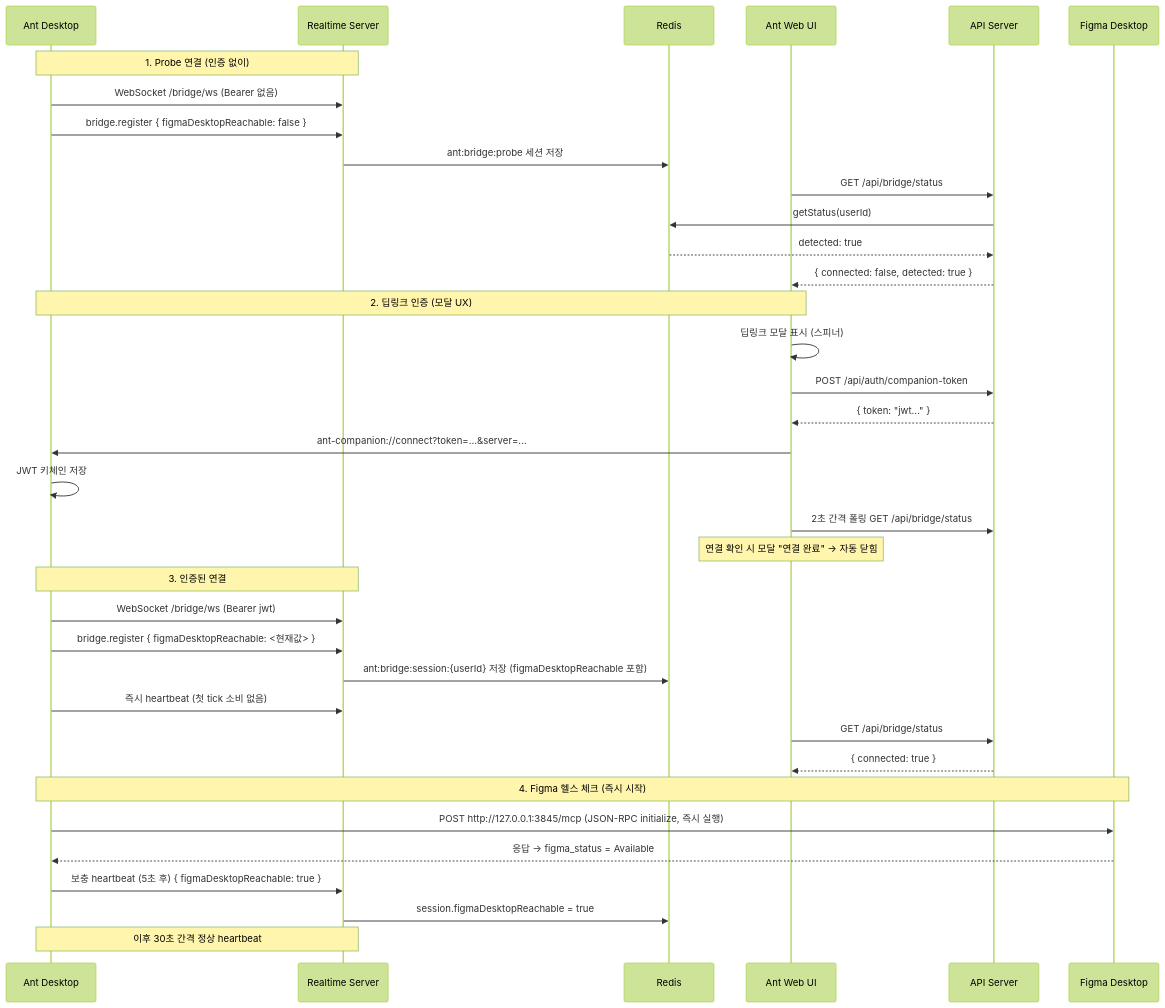
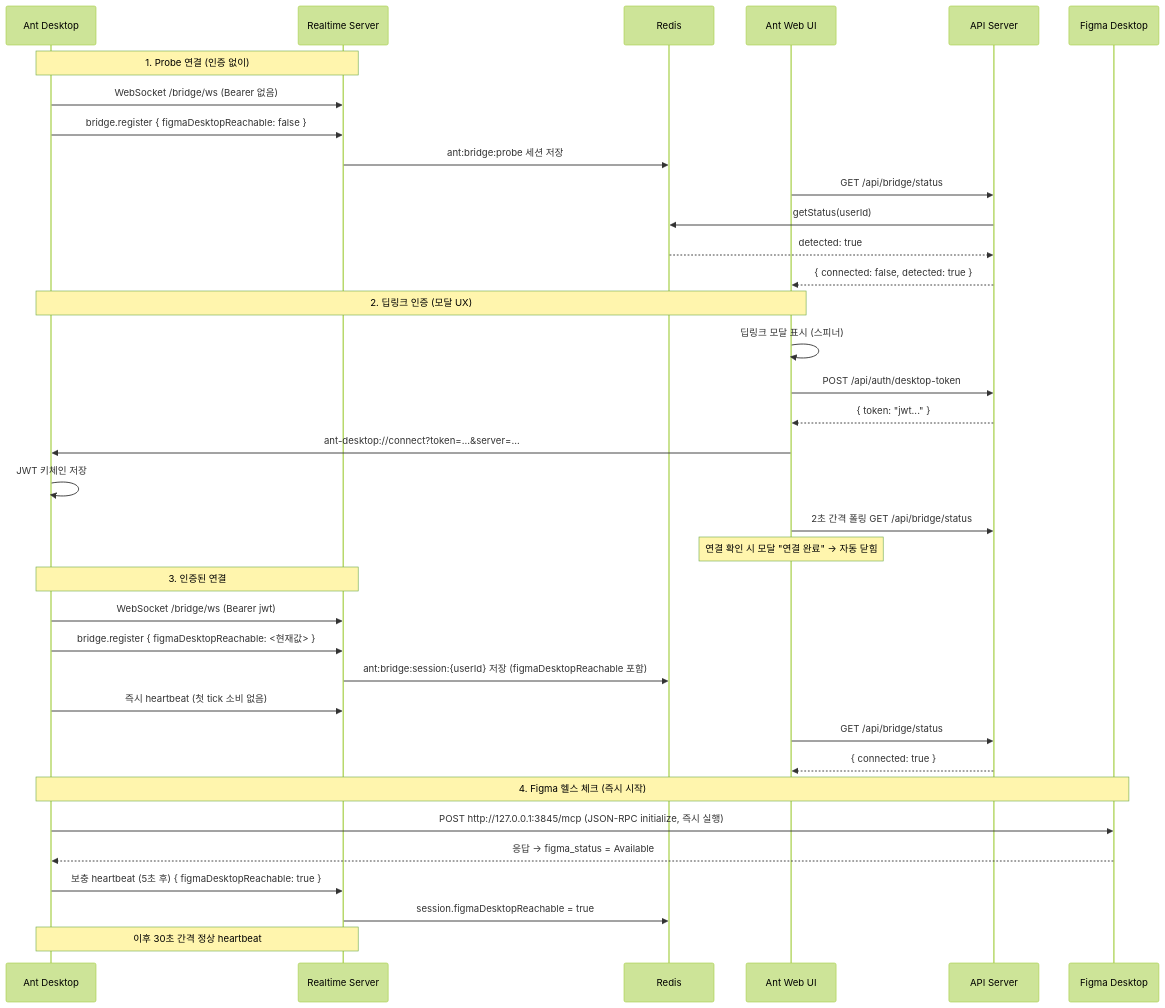
Before and after one commit to to-nexus/ant: the second of 2 diagrams in docs/architecture/26-figma-integration-infra.md, drawn with Mermaid (forest theme). The commit also changed other lines of this file and 16 other files, not shown here.

First line of the commit message:
refactor: rename companion to desktop across monorepo

````diff
--- a/docs/architecture/26-figma-integration-infra.md
+++ b/docs/architecture/26-figma-integration-infra.md
@@ -40,42 +40,42 @@
 ```mermaid
 sequenceDiagram
   participant AD as Ant Desktop
   participant RS as Realtime Server
   participant Redis as Redis
   participant UI as Ant Web UI
   participant API as API Server
   participant FM as Figma Desktop
 
   Note over AD,RS: 1. Probe 연결 (인증 없이)
   AD->>RS: WebSocket /bridge/ws (Bearer 없음)
   AD->>RS: bridge.register { figmaDesktopReachable: false }
   RS->>Redis: ant:bridge:probe 세션 저장
   UI->>API: GET /api/bridge/status
   API->>Redis: getStatus(userId)
   Redis-->>API: detected: true
   API-->>UI: { connected: false, detected: true }
 
   Note over UI,AD: 2. 딥링크 인증 (모달 UX)
   UI->>UI: 딥링크 모달 표시 (스피너)
-  UI->>API: POST /api/auth/companion-token
+  UI->>API: POST /api/auth/desktop-token
   API-->>UI: { token: "jwt..." }
-  UI->>AD: ant-companion://connect?token=...&server=...
+  UI->>AD: ant-desktop://connect?token=...&server=...
   AD->>AD: JWT 키체인 저장
   UI->>API: 2초 간격 폴링 GET /api/bridge/status
   Note over UI: 연결 확인 시 모달 "연결 완료" → 자동 닫힘
 
   Note over AD,RS: 3. 인증된 연결
   AD->>RS: WebSocket /bridge/ws (Bearer jwt)
   AD->>RS: bridge.register { figmaDesktopReachable: <현재값> }
   RS->>Redis: ant:bridge:session:{userId} 저장 (figmaDesktopReachable 포함)
   AD->>RS: 즉시 heartbeat (첫 tick 소비 없음)
   UI->>API: GET /api/bridge/status
   API-->>UI: { connected: true }
 
   Note over AD,FM: 4. Figma 헬스 체크 (즉시 시작)
   AD->>FM: POST http://127.0.0.1:3845/mcp (JSON-RPC initialize, 즉시 실행)
   FM-->>AD: 응답 → figma_status = Available
   AD->>RS: 보충 heartbeat (5초 후) { figmaDesktopReachable: true }
   RS->>Redis: session.figmaDesktopReachable = true
   Note over AD,RS: 이후 30초 간격 정상 heartbeat
 ```
````
